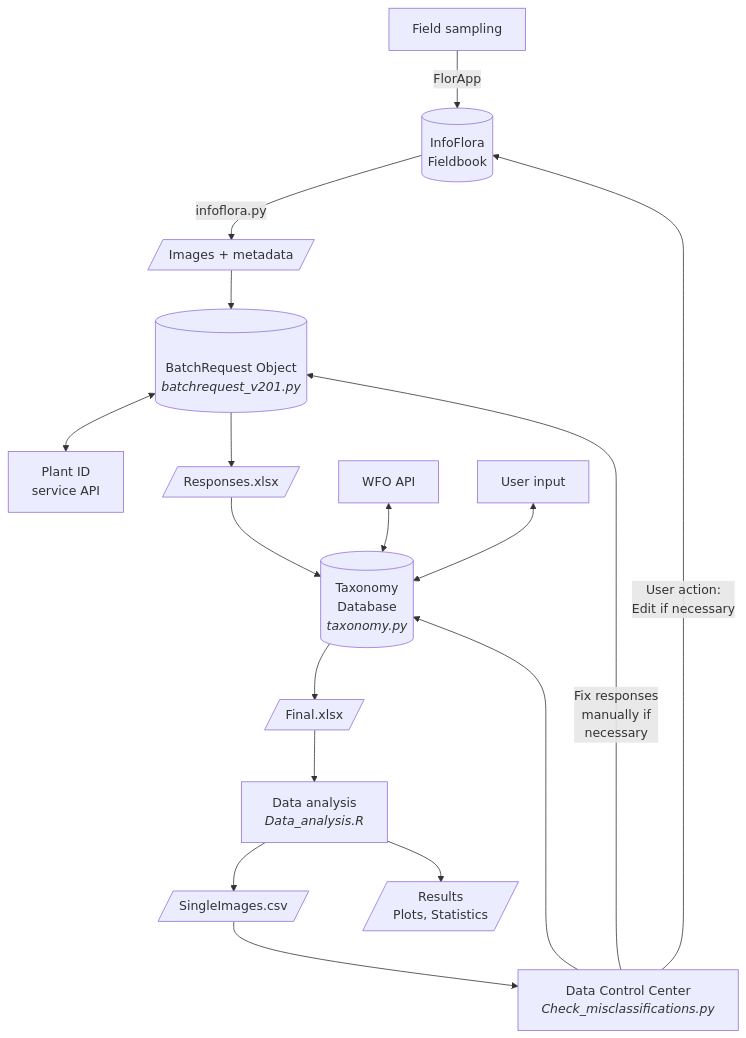
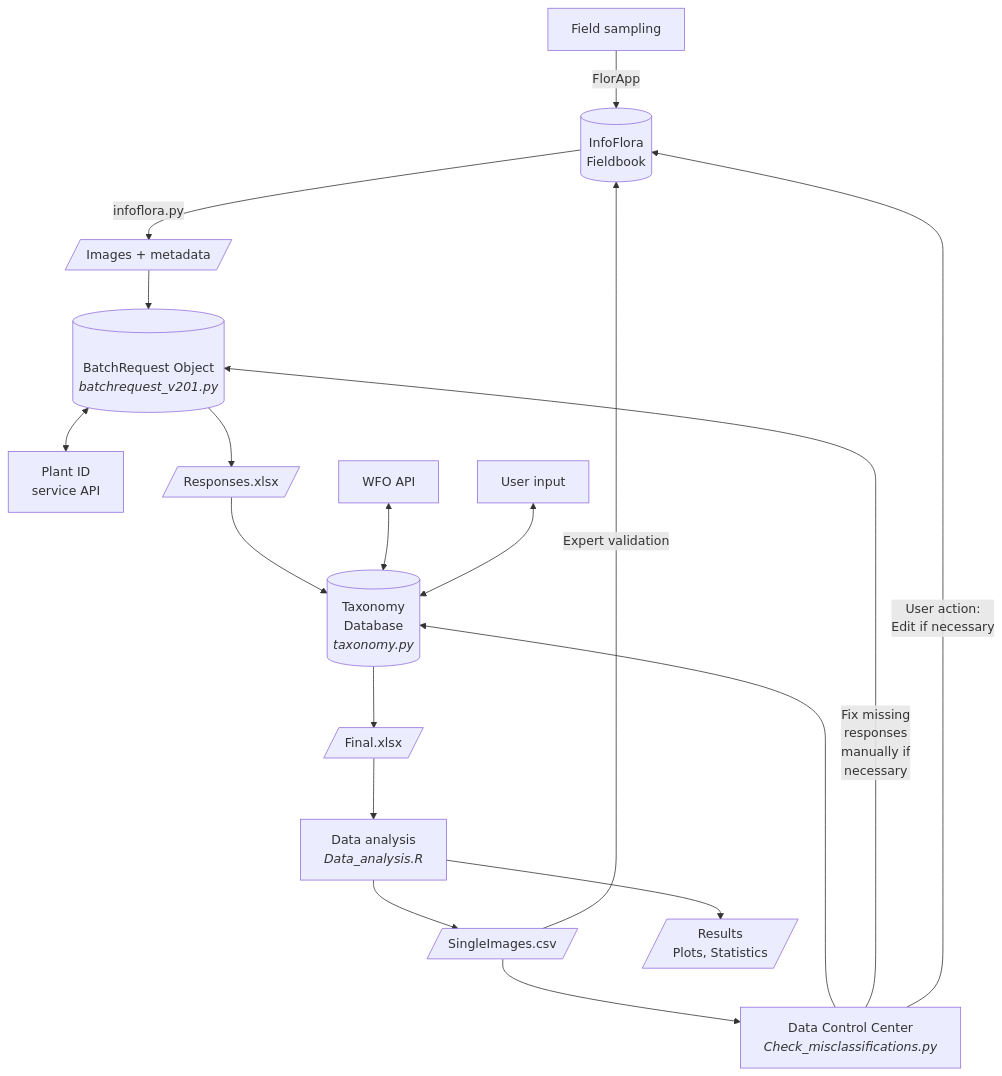
Before and after one commit to ManuelPopp/SwissPlantCV: the diagram in README.md, drawn with Mermaid. The commit also changed other lines of this file, not shown here.

````diff
--- a/README.md
+++ b/README.md
@@ -5,20 +12,21 @@
 ```mermaid
 graph TD
     A[Field sampling] --> |FlorApp| B[(InfoFlora<br>Fieldbook)]
     B --> |infoflora.py| C[/Images + metadata/]
     D[(<br>BatchRequest Object<br><i>batchrequest_v201.py</i>)] <--> E[Plant ID<br>service API]
     C --> D
     D --> F[/Responses.xlsx/]
     F --> J[(Taxonomy<br>Database<br><i>taxonomy.py</i>)]
     I[WFO API] <--> J
     J --> H[/Final.xlsx/]
     K[User input] <--> J
     H --> X[Data analysis<br><i>Data_analysis.R</i>]
     X --> L[/SingleImages.csv/]
+    L --> |Expert validation| B
     L --> M[Data Control Center<br><i>Check_misclassifications.py</i>]
     M --> J
-    M --> |Fix responses<br>manually if<br>necessary| D
+    M --> |Fix missing<br>responses<br>manually if<br>necessary| D
     M --> |User action:<br>Edit if necessary| B
     X --> Z[/Results<br>Plots, Statistics/]
 classDef empty width:0px,height:0px;
 ```
````
